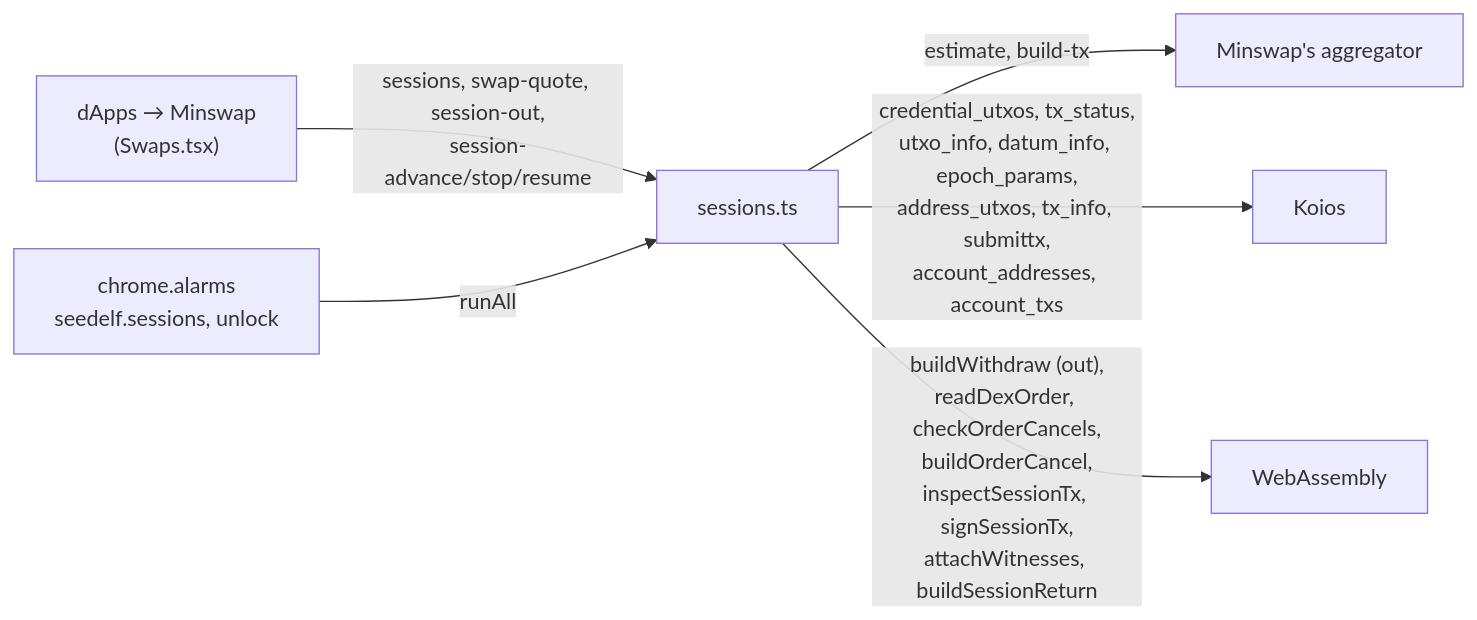
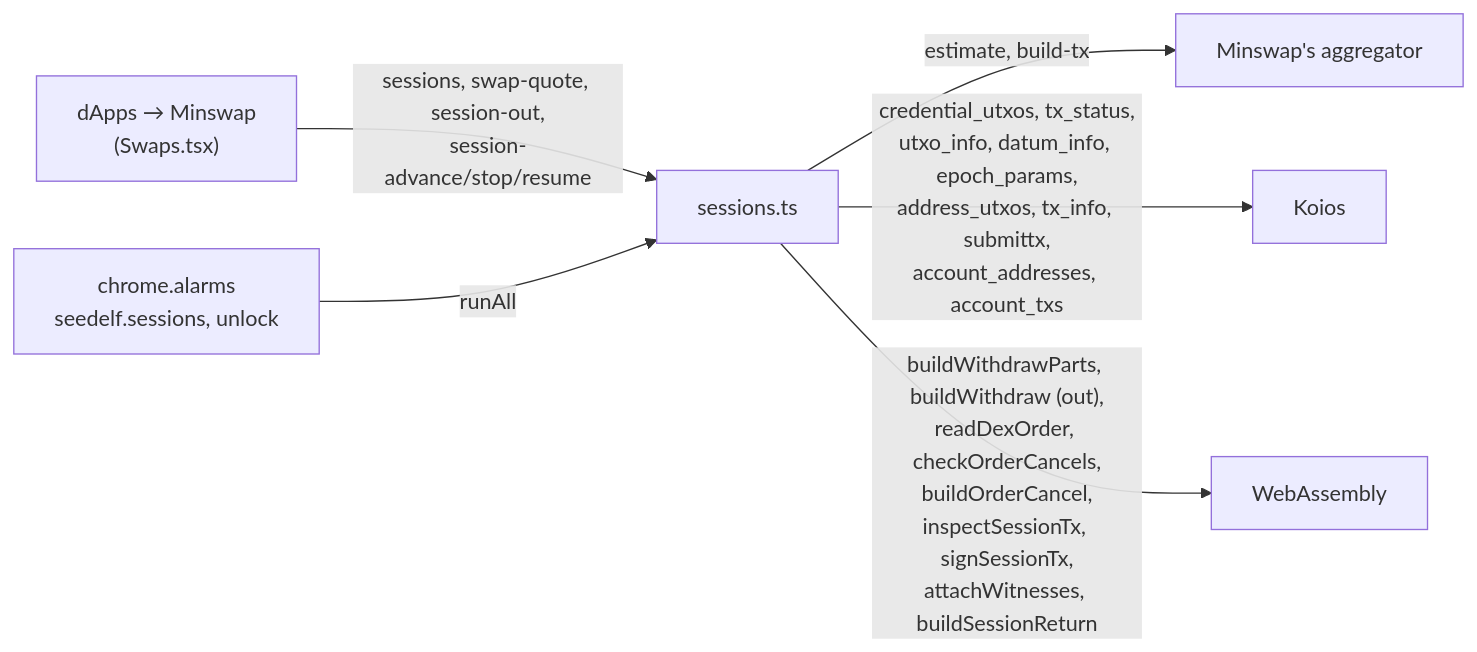
One commit to logical-mechanism/Seedelf-Wallet changed the third of 4 diagrams in seedelf-platform/seedelf-web-wallet/docs/architecture.md. Above: the diagram before and after it, drawn with Mermaid. The commit also changed other lines of this file and 3 other files, not shown here.

First line of the commit message:
docs(web-wallet): a funding in parts, chains where needed, and the branch review's fix round

````diff
--- a/seedelf-platform/seedelf-web-wallet/docs/architecture.md
+++ b/seedelf-platform/seedelf-web-wallet/docs/architecture.md
@@ -586,8 +595,8 @@
 ```mermaid
 flowchart LR
   UI["dApps → Minswap<br/>(Swaps.tsx)"] -- "sessions, swap-quote, session-out,<br/>session-advance/stop/resume" --> S["sessions.ts"]
   A["chrome.alarms<br/>seedelf.sessions, unlock"] -- "runAll" --> S
   S -- "estimate, build-tx" --> M["Minswap's aggregator"]
   S -- "credential_utxos, tx_status,<br/>utxo_info, datum_info, epoch_params,<br/>address_utxos, tx_info, submittx,<br/>account_addresses, account_txs" --> K["Koios"]
-  S -- "buildWithdraw (out),<br/>readDexOrder, checkOrderCancels,<br/>buildOrderCancel,<br/>inspectSessionTx, signSessionTx,<br/>attachWitnesses, buildSessionReturn" --> X["WebAssembly"]
+  S -- "buildWithdrawParts, buildWithdraw (out),<br/>readDexOrder, checkOrderCancels,<br/>buildOrderCancel,<br/>inspectSessionTx, signSessionTx,<br/>attachWitnesses, buildSessionReturn" --> X["WebAssembly"]
 ```
````
